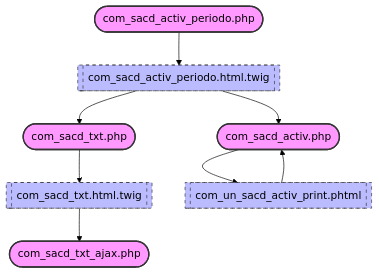
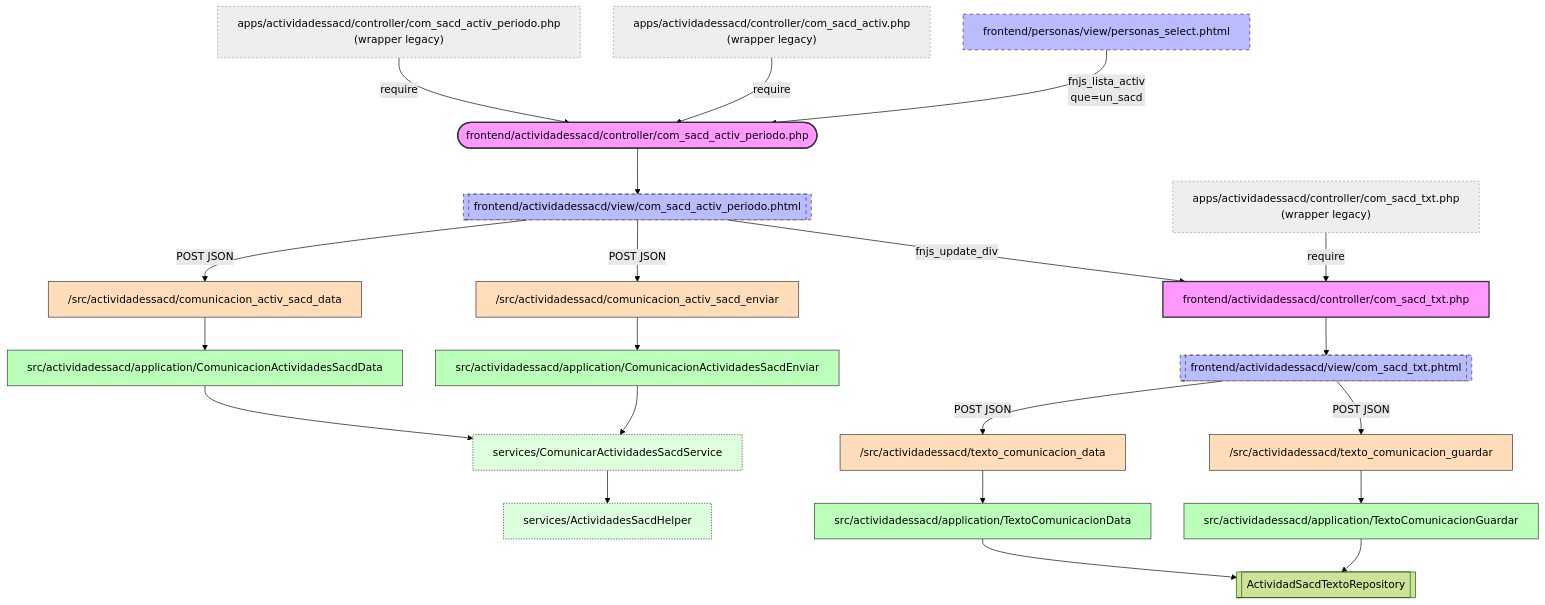
One commit to olvidio/orbix changed the diagram in documentacion/Documentacion_Obix/actividadessacd/mapa_com_sacd_activ_periodo.md. Above: the diagram before and after it, drawn with Mermaid (forest theme). The commit also changed 106 other files, not shown here.

````diff
--- a/documentacion/Documentacion_Obix/actividadessacd/mapa_com_sacd_activ_periodo.md
+++ b/documentacion/Documentacion_Obix/actividadessacd/mapa_com_sacd_activ_periodo.md
@@ -1,15 +1,43 @@
 ```mermaid
 flowchart TD
     %% Estils de nodes
     classDef controller fill:#f9f,stroke:#333,stroke-width:2px;
     classDef vista fill:#bbf,stroke:#333,stroke-width:1px,stroke-dasharray: 5 5;
-    classDef error fill:#ff9999,stroke:#cc0000,stroke-width:2px;
+    classDef usecase fill:#bfb,stroke:#333,stroke-width:1px;
+    classDef endpoint fill:#fdb,stroke:#333,stroke-width:1px;
+    classDef wrapper fill:#eee,stroke:#999,stroke-width:1px,stroke-dasharray: 3 3;
+    classDef service fill:#dfd,stroke:#333,stroke-width:1px,stroke-dasharray: 2 2;
 
-    apps_actividadessacd_controller_com_sacd_activ_periodo_php(["com_sacd_activ_periodo.php"]):::controller --> apps_actividadessacd_view_com_sacd_activ_periodo_html_twig[["com_sacd_activ_periodo.html.twig"]]:::vista
-    apps_actividadessacd_view_com_sacd_activ_periodo_html_twig --> apps_actividadessacd_controller_com_sacd_txt_php(["com_sacd_txt.php"]):::controller
-    apps_actividadessacd_view_com_sacd_activ_periodo_html_twig --> apps_actividadessacd_controller_com_sacd_activ_php(["com_sacd_activ.php"]):::controller
-    apps_actividadessacd_controller_com_sacd_txt_php(["com_sacd_txt.php"]):::controller --> apps_actividadessacd_view_com_sacd_txt_html_twig[["com_sacd_txt.html.twig"]]:::vista
-    apps_actividadessacd_view_com_sacd_txt_html_twig --> apps_actividadessacd_controller_com_sacd_txt_ajax_php(["com_sacd_txt_ajax.php"]):::controller
-    apps_actividadessacd_controller_com_sacd_activ_php(["com_sacd_activ.php"]):::controller --> apps_actividadessacd_view_com_un_sacd_activ_print_phtml[["com_un_sacd_activ_print.phtml"]]:::vista
-    apps_actividadessacd_view_com_un_sacd_activ_print_phtml --> apps_actividadessacd_controller_com_sacd_activ_php(["com_sacd_activ.php"]):::controller
+    %% com_sacd_activ_periodo (slice 4 migrado)
+    periodo_wrap["apps/actividadessacd/controller/com_sacd_activ_periodo.php<br/>(wrapper legacy)"]:::wrapper -->|require| periodo_ctrl
+    activ_wrap["apps/actividadessacd/controller/com_sacd_activ.php<br/>(wrapper legacy)"]:::wrapper -->|require| periodo_ctrl
+
+    periodo_ctrl(["frontend/actividadessacd/controller/com_sacd_activ_periodo.php"]):::controller --> periodo_view[["frontend/actividadessacd/view/com_sacd_activ_periodo.phtml"]]:::vista
+
+    %% Entrada externa desde personas_select
+    personas_select["frontend/personas/view/personas_select.phtml"]:::vista -->|fnjs_lista_activ<br/>que=un_sacd| periodo_ctrl
+
+    %% AJAX del listado y del envio
+    periodo_view -->|POST JSON| ep_activ_data["/src/actividadessacd/comunicacion_activ_sacd_data"]:::endpoint
+    periodo_view -->|POST JSON| ep_activ_enviar["/src/actividadessacd/comunicacion_activ_sacd_enviar"]:::endpoint
+
+    ep_activ_data --> uc_activ_data["src/actividadessacd/application/ComunicacionActividadesSacdData"]:::usecase
+    ep_activ_enviar --> uc_activ_enviar["src/actividadessacd/application/ComunicacionActividadesSacdEnviar"]:::usecase
+
+    uc_activ_data --> svc_comunicar["services/ComunicarActividadesSacdService"]:::service
+    uc_activ_enviar --> svc_comunicar
+    svc_comunicar --> svc_helper["services/ActividadesSacdHelper"]:::service
+
+    %% Link a com_sacd_txt (slice 3 migrado)
+    periodo_view -->|fnjs_update_div| txt_front["frontend/actividadessacd/controller/com_sacd_txt.php"]:::controller
+    txt_wrap["apps/actividadessacd/controller/com_sacd_txt.php<br/>(wrapper legacy)"]:::wrapper -->|require| txt_front
+    txt_front --> txt_view[["frontend/actividadessacd/view/com_sacd_txt.phtml"]]:::vista
+
+    %% AJAX del editor de textos
+    txt_view -->|POST JSON| ep_data["/src/actividadessacd/texto_comunicacion_data"]:::endpoint
+    txt_view -->|POST JSON| ep_guardar["/src/actividadessacd/texto_comunicacion_guardar"]:::endpoint
+    ep_data --> uc_data["src/actividadessacd/application/TextoComunicacionData"]:::usecase
+    ep_guardar --> uc_guardar["src/actividadessacd/application/TextoComunicacionGuardar"]:::usecase
+    uc_data --> texto_repo[[ActividadSacdTextoRepository]]
+    uc_guardar --> texto_repo
 ```
````
